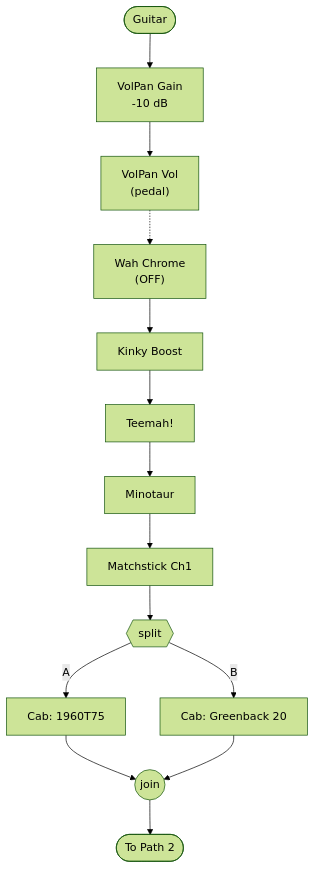
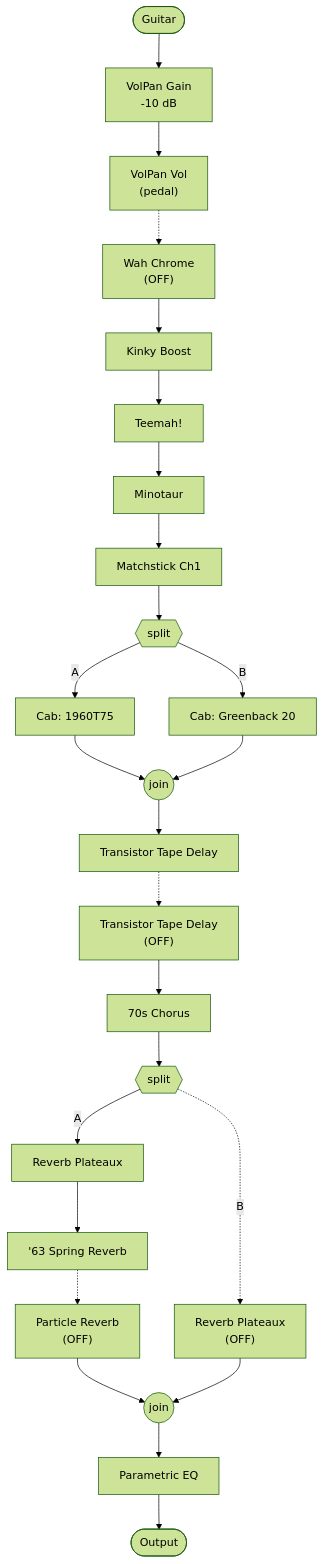
The diagram in presets/samples/Matchless (v3).flow.md (lmeadors/helix-catalog), drawn with Mermaid (forest theme) before and after one commit. The commit also changed other lines of this file and 1 other file, not shown here.

First line of the commit message:
reorder preset docs: why-it-works first, signal flow second

````diff
--- a/presets/samples/Matchless (v3).flow.md
+++ b/presets/samples/Matchless (v3).flow.md
@@ -18,16 +84,27 @@
 ```mermaid
 graph TD
     IN0([Guitar]) --> VG["VolPan Gain<br/>-10 dB"]
     VG --> VV["VolPan Vol<br/>(pedal)"]
     VV -.-> WC["Wah Chrome<br/>(OFF)"]
     WC --> KB["Kinky Boost"]
     KB --> TM["Teemah!"]
     TM --> MT["Minotaur"]
     MT --> AMP["Matchstick Ch1"]
-    AMP --> SPLIT{{split}}
-    SPLIT -->|A| CABA["Cab: 1960T75"]
-    SPLIT -->|B| CABB["Cab: Greenback 20"]
-    CABA --> JOIN((join))
-    CABB --> JOIN
-    JOIN --> OUT0(["To Path 2"])
+    AMP --> SPLIT1{{split}}
+    SPLIT1 -->|A| CABA["Cab: 1960T75"]
+    SPLIT1 -->|B| CABB["Cab: Greenback 20"]
+    CABA --> JOIN1((join))
+    CABB --> JOIN1
+    JOIN1 --> DL1["Transistor Tape Delay"]
+    DL1 -.-> DL2["Transistor Tape Delay<br/>(OFF)"]
+    DL2 --> CH["70s Chorus"]
+    CH --> SPLIT2{{split}}
+    SPLIT2 -->|A| RV1["Reverb Plateaux"]
+    RV1 --> RV2["'63 Spring Reverb"]
+    RV2 -.-> RV3["Particle Reverb<br/>(OFF)"]
+    RV3 --> JOIN2((join))
+    SPLIT2 -.->|B| RV1B["Reverb Plateaux<br/>(OFF)"]
+    RV1B --> JOIN2
+    JOIN2 --> EQ["Parametric EQ"]
+    EQ --> OUT([Output])
 ```
````
